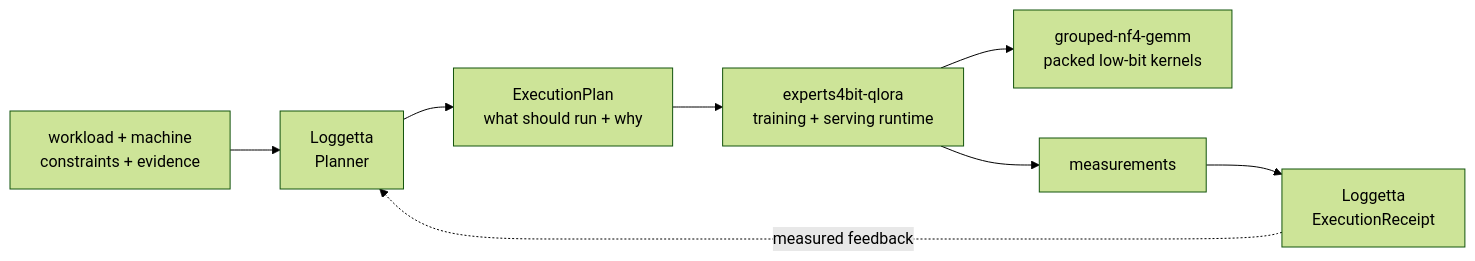
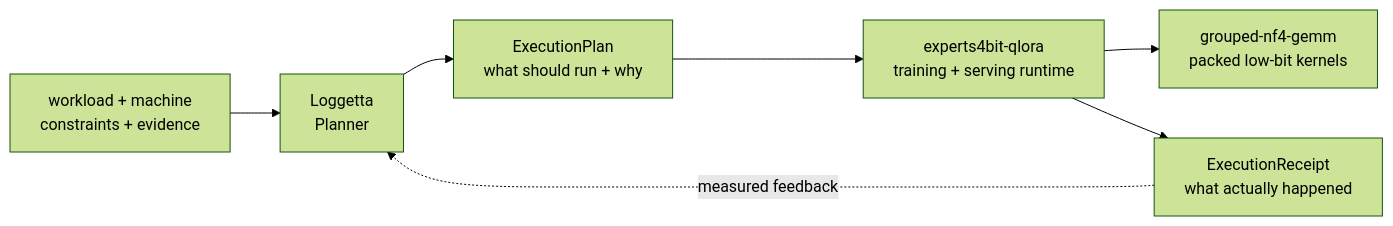
Before and after one commit to pjordanandrsn/pjordanandrsn: the diagram in README.md, drawn with Mermaid (forest theme). The commit also changed other lines of this file, not shown here.

Commit message:
profile: polish README around planner runtime kernel stack

````diff
--- a/README.md
+++ b/README.md
@@ -13,10 +29,9 @@
 ```mermaid
 flowchart LR
-    I["workload + machine<br/>constraints + evidence"] --> L["Loggetta<br/>Planner"]
-    L --> P["ExecutionPlan<br/>what should run + why"]
-    P --> E["experts4bit-qlora<br/>training + serving runtime"]
-    E --> G["grouped-nf4-gemm<br/>packed low-bit kernels"]
-    E --> M["measurements"]
-    M --> R["Loggetta<br/>ExecutionReceipt"]
-    R -. "measured feedback" .-> L
+    A["workload + machine<br/>constraints + evidence"] --> B["Loggetta<br/>Planner"]
+    B --> C["ExecutionPlan<br/>what should run + why"]
+    C --> D["experts4bit-qlora<br/>training + serving runtime"]
+    D --> E["grouped-nf4-gemm<br/>packed low-bit kernels"]
+    D --> F["ExecutionReceipt<br/>what actually happened"]
+    F -. "measured feedback" .-> B
 ```
````
